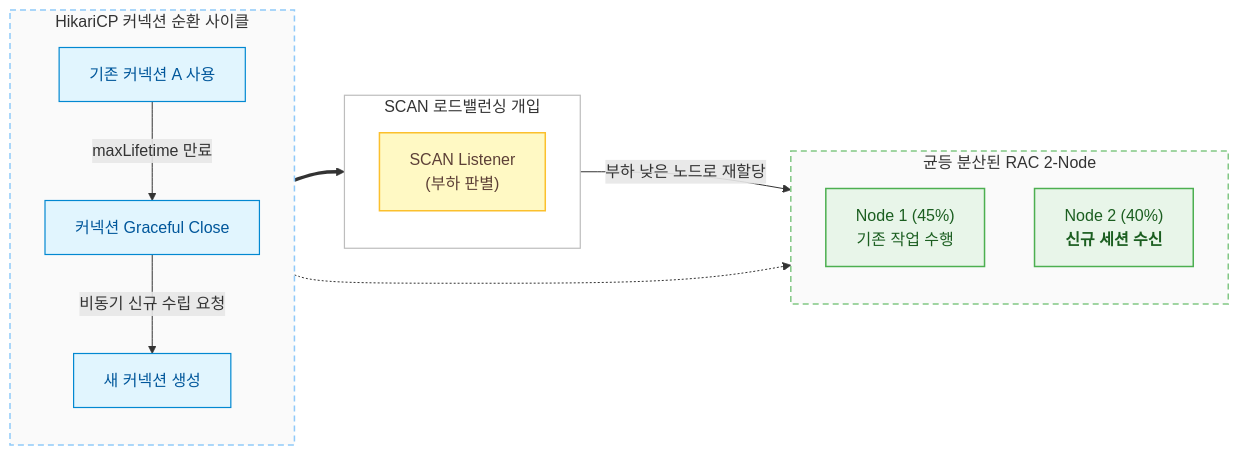
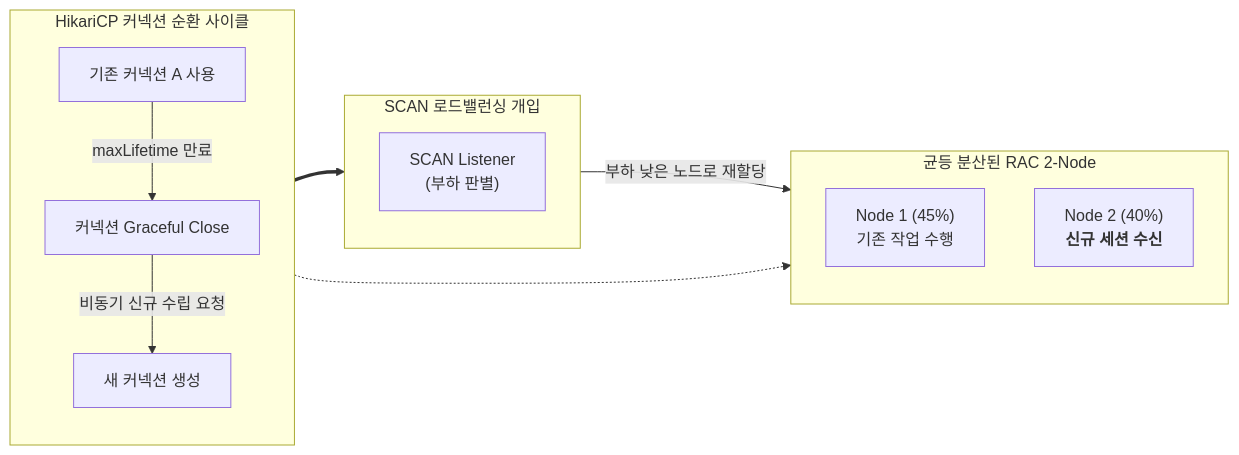
Before and after one commit to djpibo/djpibo.github.io: the second of 3 diagrams in docs/dbms/oracle/oracle-rac-hikaricp-affinity-and-maxlifetime.md, drawn with Mermaid. The commit also changed other lines of this file and 8 other files, not shown here.

Commit message:
style(mermaid): unify all diagrams to monochrome and remove colored rect boxes

````diff
--- a/docs/dbms/oracle/oracle-rac-hikaricp-affinity-and-maxlifetime.md
+++ b/docs/dbms/oracle/oracle-rac-hikaricp-affinity-and-maxlifetime.md
@@ -175,35 +164,27 @@
 ```mermaid
 flowchart LR
     subgraph PoolCycle["HikariCP 커넥션 순환 사이클"]
         direction TB
         C1["기존 커넥션 A 사용"] -->|"maxLifetime 만료"| C2["커넥션 Graceful Close"]
         C2 -->|"비동기 신규 수립 요청"| C3["새 커넥션 생성"]
     end
 
     subgraph ScanRouting["SCAN 로드밸런싱 개입"]
         direction TB
         SCAN2["SCAN Listener<br/>(부하 판별)"]
     end
 
     subgraph RACCluster["균등 분산된 RAC 2-Node"]
         direction TB
         N1["Node 1 (45%)<br/>기존 작업 수행"]
         N2["Node 2 (40%)<br/><b>신규 세션 수신</b>"]
     end
 
     C3 ==> SCAN2
     SCAN2 -->|"부하 낮은 노드로 재할당"| N2
     C1 -.-> N1
 
-    classDef pool fill:#E1F5FE,stroke:#0288D1,stroke-width:1.2px,color:#01579B;
-    classDef scan fill:#FFF9C4,stroke:#FBC02D,stroke-width:1.5px,color:#5D4037;
-    classDef balanced fill:#E8F5E9,stroke:#4CAF50,stroke-width:1.5px,color:#1B5E20;
-
     class C1,C2,C3 pool;
     class SCAN2 scan;
     class N1,N2 balanced;
-
-    style PoolCycle fill:#FAFAFA,stroke:#90CAF9,stroke-width:1.5px,stroke-dasharray: 6 4
-    style ScanRouting fill:#FFFFFF,stroke:#BDBDBD,stroke-width:1.2px
-    style RACCluster fill:#FAFAFA,stroke:#81C784,stroke-width:1.5px,stroke-dasharray: 6 4
 ```
````
